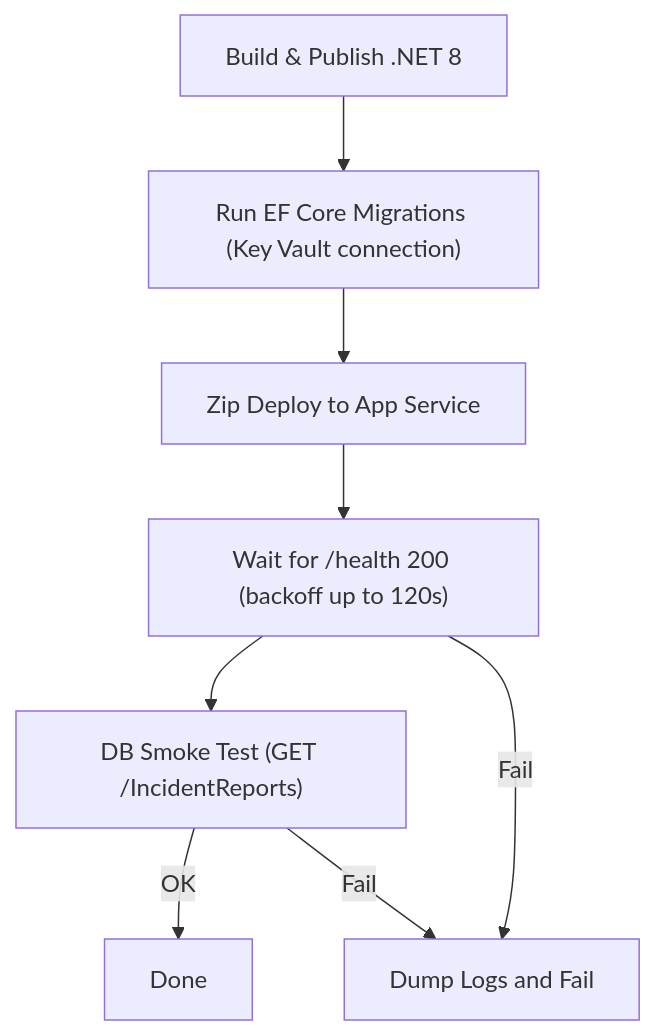
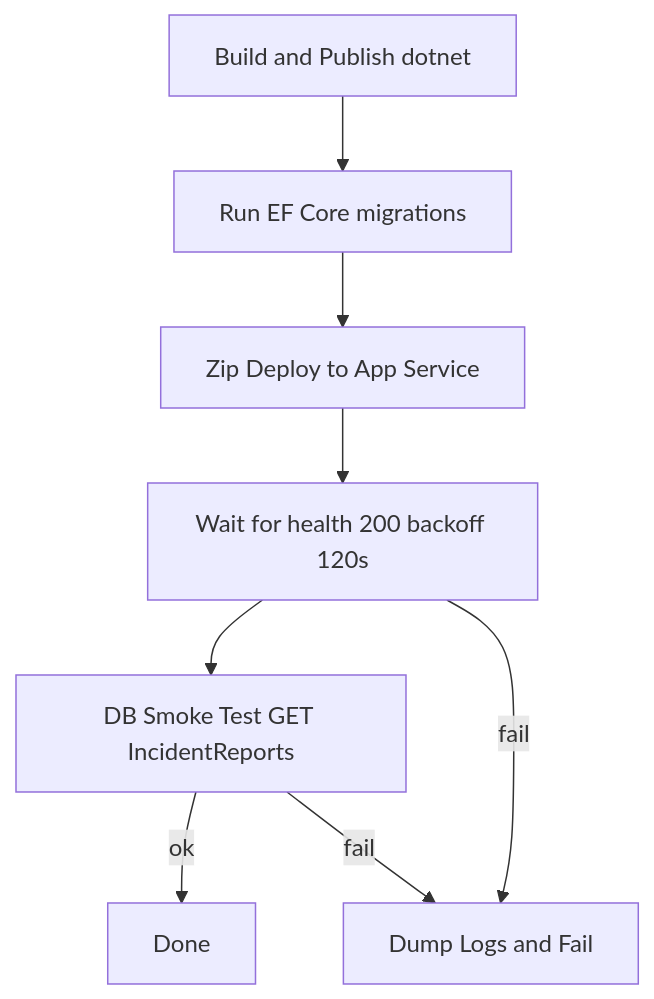
Before and after one commit to guysneh/IncidentReportingSystem: the diagram in docs/diagrams/cicd-flow.mmd, drawn with Mermaid. The commit also changed 1 other file, not shown here.

Commit message:
update diagrams

```diff
--- a/docs/diagrams/cicd-flow.mmd
+++ b/docs/diagrams/cicd-flow.mmd
@@ -1,10 +1,10 @@
 %% docs/diagrams/cicd-flow.mmd
-%% CI/CD flow (manual deploy) - flowchart, no HTML tags
+%% CI/CD flow (safe labels)
 flowchart TD
-  A["Build & Publish .NET 8"] --> B["Run EF Core Migrations (Key Vault connection)"]
+  A["Build and Publish dotnet"] --> B["Run EF Core migrations"]
   B --> C["Zip Deploy to App Service"]
-  C --> D["Wait for /health 200 (backoff up to 120s)"]
-  D --> E["DB Smoke Test (GET /IncidentReports)"]
-  E -->|OK| F["Done"]
-  D -->|Fail| X["Dump Logs and Fail"]
-  E -->|Fail| X
+  C --> D["Wait for health 200 backoff 120s"]
+  D --> E["DB Smoke Test GET IncidentReports"]
+  E -->|ok| F["Done"]
+  D -->|fail| X["Dump Logs and Fail"]
+  E -->|fail| X
```
